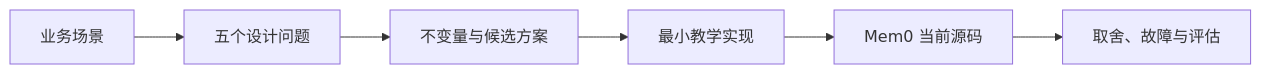
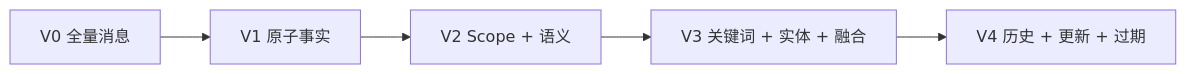
The first of 12 diagrams in docs/learning/mem0-memory-system-design.zh-CN.md (StevenLZM/mem0), drawn with Mermaid before and after one commit. The commit also changed other lines of this file, not shown here.

Commit message:
docs: verify memory system tutorial

````diff
--- a/docs/learning/mem0-memory-system-design.zh-CN.md
+++ b/docs/learning/mem0-memory-system-design.zh-CN.md
@@ -36,8 +36,7 @@
 ```mermaid
 flowchart LR
-    A[业务场景] --> B[五个设计问题]
-    B --> C[不变量与候选方案]
-    C --> D[最小教学实现]
-    D --> E[Mem0 当前源码]
-    E --> F[取舍、故障与评估]
+    V0[V0 全量消息] --> V1[V1 原子事实]
+    V1 --> V2[V2 Scope + 语义]
+    V2 --> V3[V3 关键词 + 实体 + 融合]
+    V3 --> V4[V4 历史 + 更新 + 过期]
 ```
````
